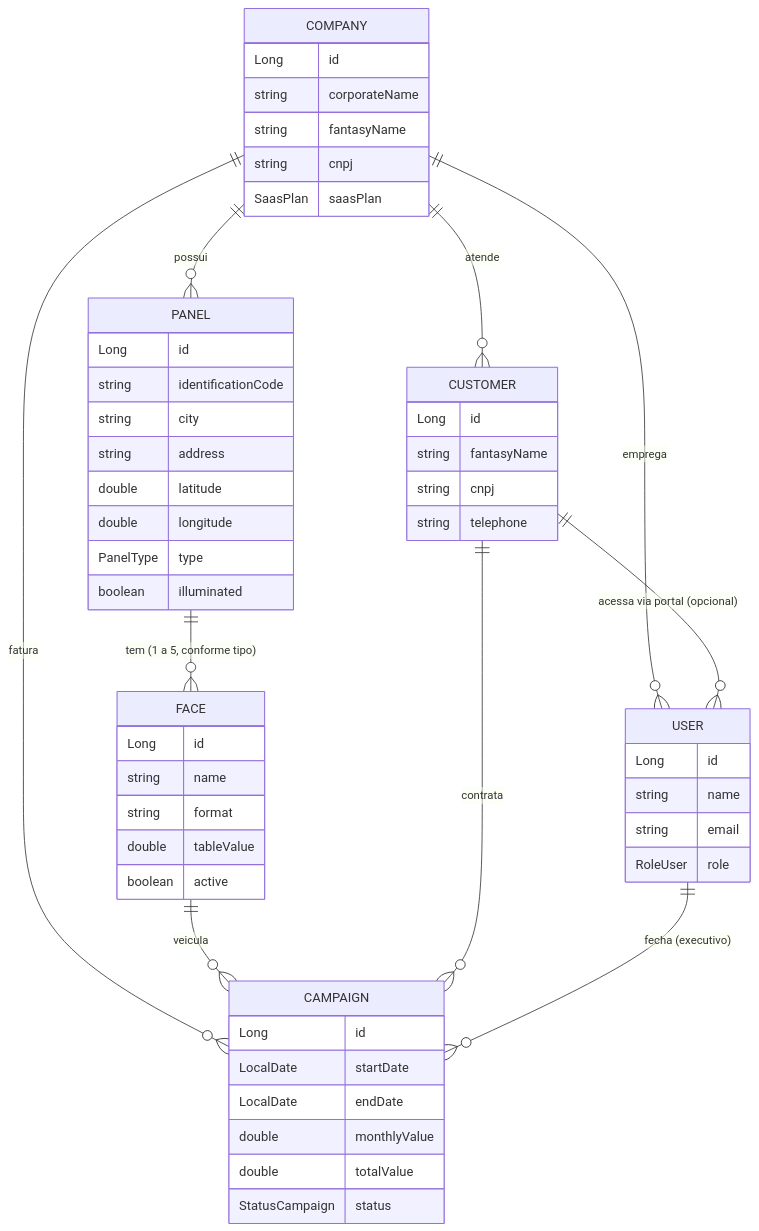
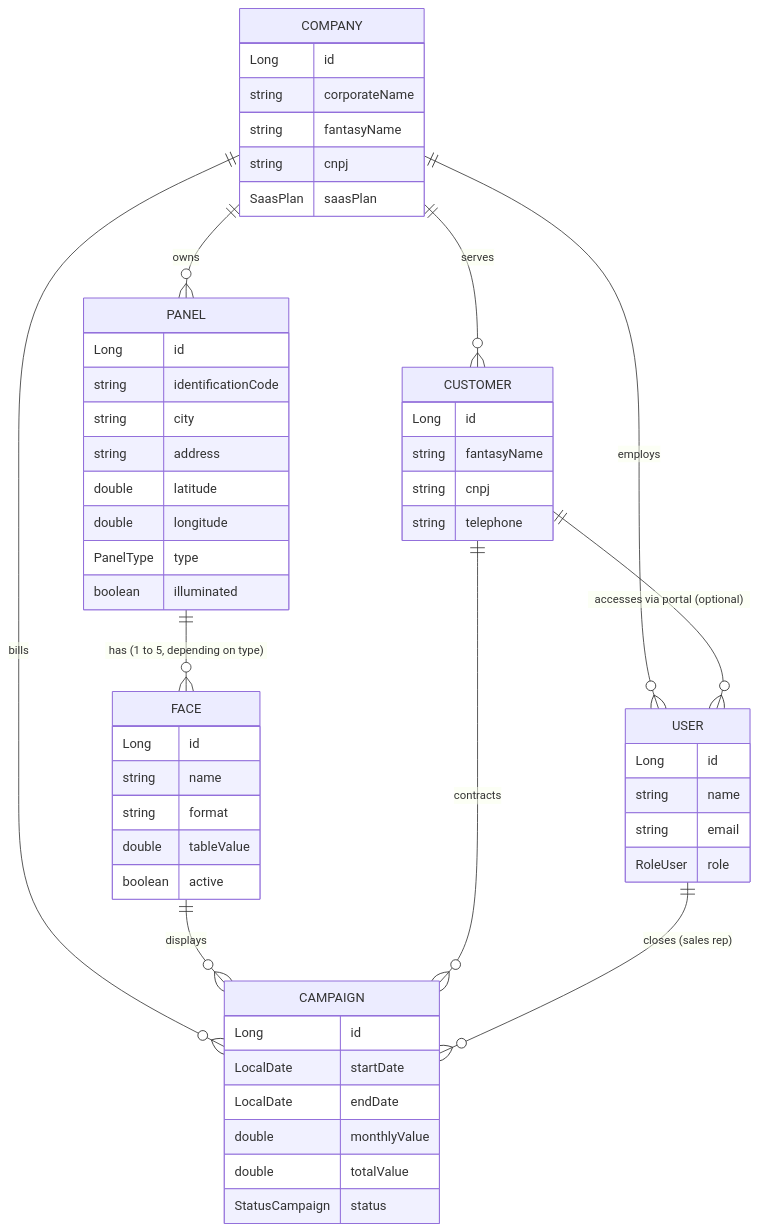
One commit to leonardondornelles/saasooh-backend changed the second of 2 diagrams in README.md. Above: the diagram before and after it, drawn with Mermaid. The commit also changed other lines of this file, not shown here.

````diff
--- a/README.md
+++ b/README.md
@@ -68,59 +68,59 @@
 ```mermaid
 erDiagram
-    COMPANY ||--o{ USER : emprega
-    COMPANY ||--o{ PANEL : possui
-    COMPANY ||--o{ CUSTOMER : atende
-    COMPANY ||--o{ CAMPAIGN : fatura
+    COMPANY ||--o{ USER : employs
+    COMPANY ||--o{ PANEL : owns
+    COMPANY ||--o{ CUSTOMER : serves
+    COMPANY ||--o{ CAMPAIGN : bills
 
-    PANEL ||--o{ FACE : "tem (1 a 5, conforme tipo)"
-    FACE ||--o{ CAMPAIGN : veicula
+    PANEL ||--o{ FACE : "has (1 to 5, depending on type)"
+    FACE ||--o{ CAMPAIGN : displays
 
-    CUSTOMER ||--o{ CAMPAIGN : contrata
-    USER ||--o{ CAMPAIGN : "fecha (executivo)"
-    CUSTOMER ||--o{ USER : "acessa via portal (opcional)"
+    CUSTOMER ||--o{ CAMPAIGN : contracts
+    USER ||--o{ CAMPAIGN : "closes (sales rep)"
+    CUSTOMER ||--o{ USER : "accesses via portal (optional)"
 
     COMPANY {
         Long id
         string corporateName
         string fantasyName
         string cnpj
         SaasPlan saasPlan
     }
     PANEL {
         Long id
         string identificationCode
         string city
         string address
         double latitude
         double longitude
         PanelType type
         boolean illuminated
     }
     FACE {
         Long id
         string name
         string format
         double tableValue
         boolean active
     }
     CAMPAIGN {
         Long id
         LocalDate startDate
         LocalDate endDate
         double monthlyValue
         double totalValue
         StatusCampaign status
     }
     CUSTOMER {
         Long id
         string fantasyName
         string cnpj
         string telephone
     }
     USER {
         Long id
         string name
         string email
         RoleUser role
     }
 ```
````
